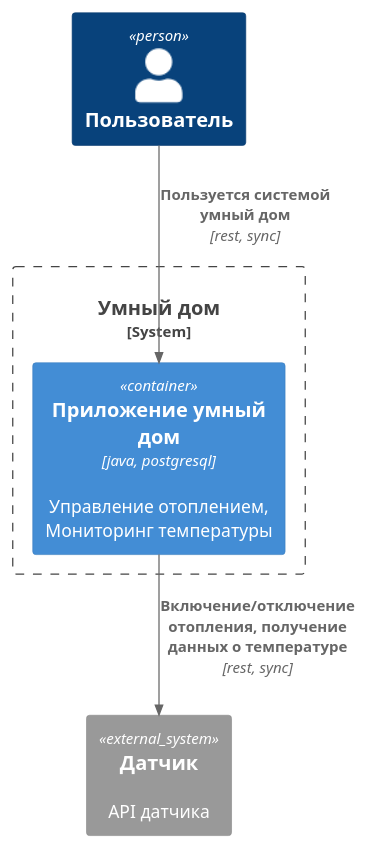
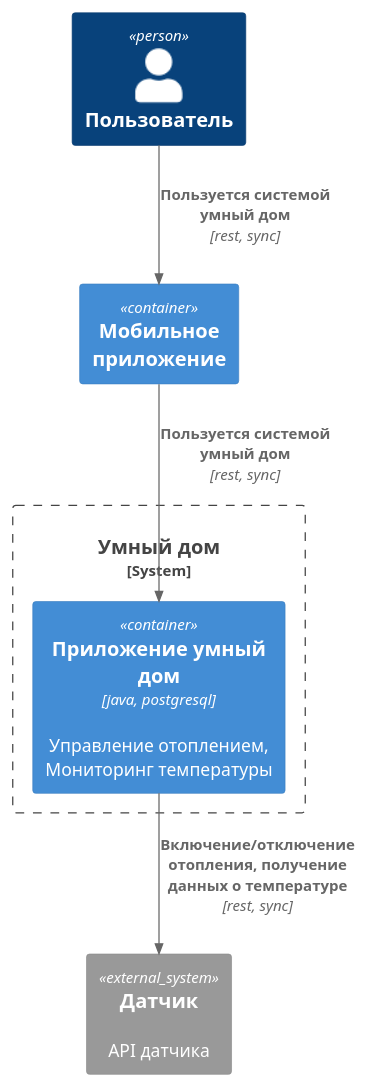
Before and after one commit to HichDX/architecture-sprint-3: the diagram in diagrams/context_diagrams.puml, drawn with PlantUML. The commit also changed other lines of this file and 6 other files, not shown here.

```diff
--- a/diagrams/context_diagrams.puml
+++ b/diagrams/context_diagrams.puml
@@ -1,17 +1,20 @@
 @startuml
 !include https://raw.githubusercontent.com/plantuml-stdlib/C4-PlantUML/master/C4_Context.puml
 !include https://raw.githubusercontent.com/plantuml-stdlib/C4-PlantUML/master/C4_Container.puml
 
 'LAYOUT_WITH_LEGEND
 
 
 Person(user, "Пользователь")
+Container(mob_app, "Мобильное приложение")
+
 System_Boundary(e1, "Умный дом"){
   Container(smart_home, "Приложение умный дом", "java, postgresql", "Управление отоплением, Мониторинг температуры")
 }
 System_Ext(sensor, "Датчик", "API датчика")
 
 
-Rel(user, smart_home, "Пользуется системой умный дом", "rest, sync")
+Rel(user, mob_app, "Пользуется системой умный дом", "rest, sync")
+Rel(mob_app, smart_home, "Пользуется системой умный дом", "rest, sync")
 Rel(smart_home, sensor, "Включение/отключение отопления, получение данных о температуре", "rest, sync")
 @enduml
```
